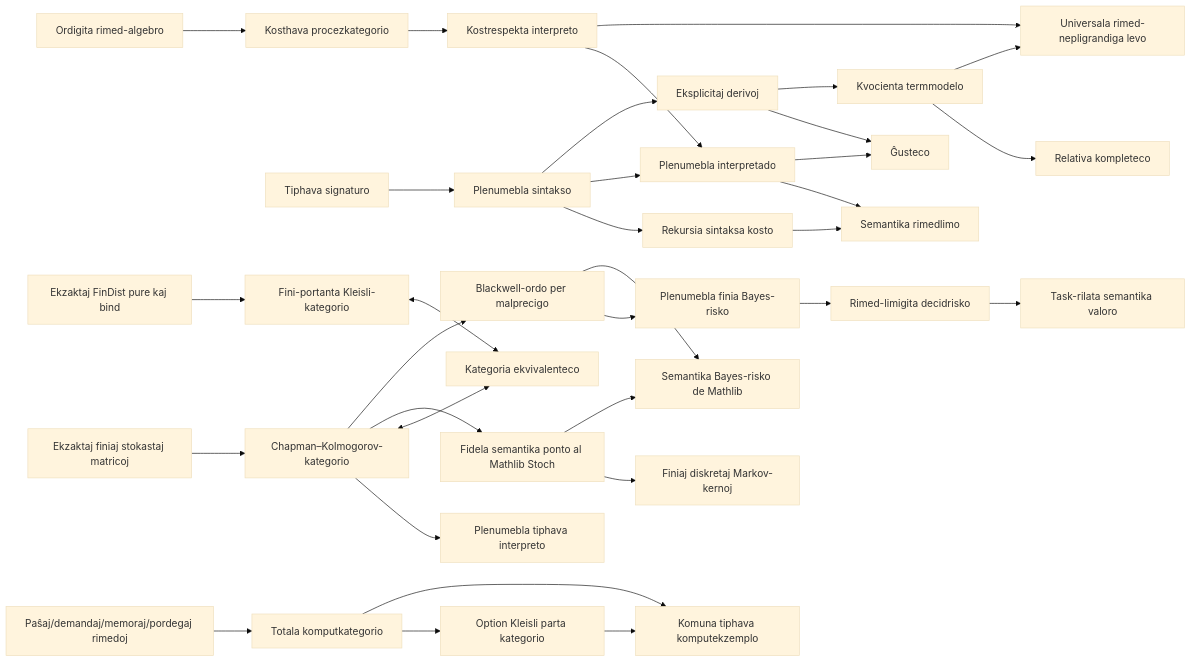
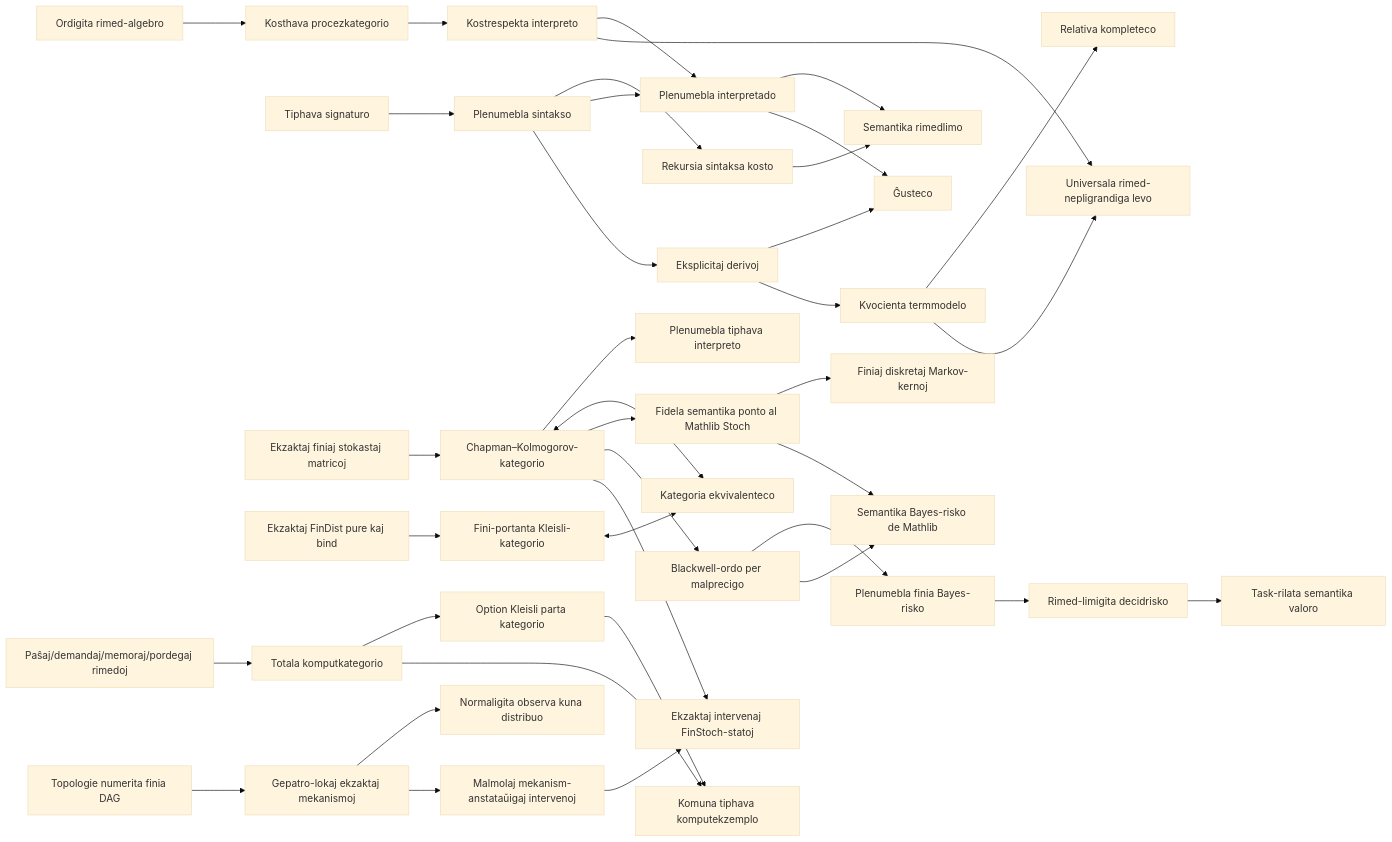
The diagram in docs/README.eo.md (miuchan/ript), drawn with Mermaid (base theme) before and after one commit. The commit also changed other lines of this file and 14 other files, not shown here.

````diff
--- a/docs/README.eo.md
+++ b/docs/README.eo.md
@@ -392,35 +435,40 @@
 ```mermaid
 flowchart LR
   R["Ordigita rimed-algebro"] --> C["Kosthava procezkategorio"]
   S["Tiphava signaturo"] --> X["Plenumebla sintakso"]
   X --> K["Rekursia sintaksa kosto"]
   C --> I["Kostrespekta interpreto"]
   X --> E["Plenumebla interpretado"]
   I --> E
   K --> B["Semantika rimedlimo"]
   E --> B
   X --> D["Eksplicitaj derivoj"]
   D --> SO["Ĝusteco"]
   E --> SO
   D --> T["Kvocienta termmodelo"]
   T --> CO["Relativa kompleteco"]
   I --> U["Universala rimed-nepligrandiga levo"]
   T --> U
   F["Ekzaktaj finiaj stokastaj matricoj"] --> CK["Chapman–Kolmogorov-kategorio"]
   CK --> EX["Plenumebla tiphava interpreto"]
   FD["Ekzaktaj FinDist pure kaj bind"] --> KL["Fini-portanta Kleisli-kategorio"]
   CK <--> EQ["Kategoria ekvivalenteco"]
   KL <--> EQ
   CK --> ST["Fidela semantika ponto al Mathlib Stoch"]
   ST --> MT["Finiaj diskretaj Markov-kernoj"]
   CK --> BW["Blackwell-ordo per malprecigo"]
   ST --> SB["Semantika Bayes-risko de Mathlib"]
   BW --> FR["Plenumebla finia Bayes-risko"]
   FR --> RR["Rimed-limigita decidrisko"]
   RR --> SV["Task-rilata semantika valoro"]
   BW --> SB
   CR["Paŝaj/demandaj/memoraj/pordegaj rimedoj"] --> TC["Totala komputkategorio"]
   TC --> PC["Option Kleisli parta kategorio"]
   TC --> CE["Komuna tiphava komputekzemplo"]
   PC --> CE
+  DAG["Topologie numerita finia DAG"] --> CM["Gepatro-lokaj ekzaktaj mekanismoj"]
+  CM --> OJ["Normaligita observa kuna distribuo"]
+  CM --> DO["Malmolaj mekanism-anstataŭigaj intervenoj"]
+  DO --> IS["Ekzaktaj intervenaj FinStoch-statoj"]
+  CK --> IS
 ```
````
